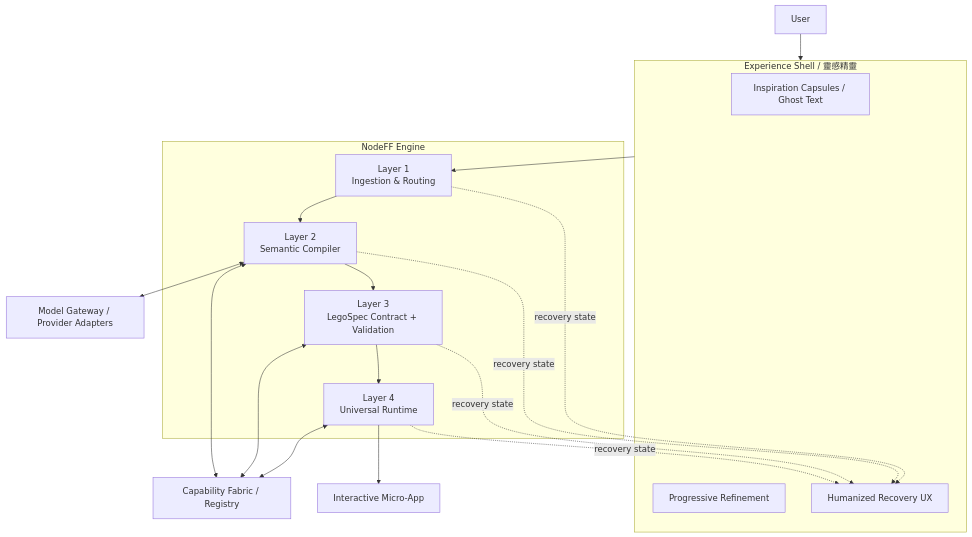
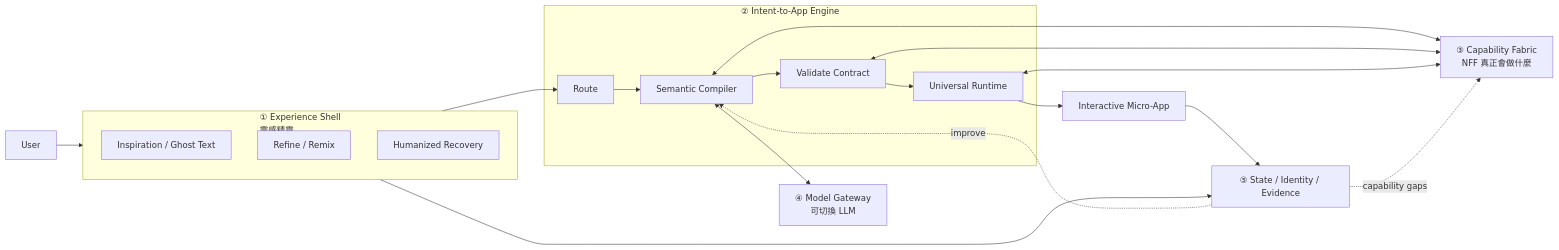
Before and after one commit to NFF98/NodeFF: the first of 9 diagrams in working/APP-ARCHITECTURE.md, drawn with Mermaid. The commit also changed other lines of this file, not shown here.

Commit message:
docs: reorganize app architecture around systems flows and roadmap

```diff
--- a/working/APP-ARCHITECTURE.md
+++ b/working/APP-ARCHITECTURE.md
@@ -25,41 +14,34 @@
 ~~~mermaid
-flowchart TB
+flowchart LR
     U[User]
 
-    subgraph UX["Experience Shell / 靈感精靈"]
-        INSPIRE[Inspiration Capsules / Ghost Text]
-        REFINE[Progressive Refinement]
-        RECOVERY[Humanized Recovery UX]
+    subgraph SHELL["① Experience Shell<br/>靈感精靈"]
+        I[Inspiration / Ghost Text]
+        R[Refine / Remix]
+        E[Humanized Recovery]
     end
 
-    subgraph ENGINE["NodeFF Engine"]
-        L1[Layer 1
-Ingestion & Routing]
-        L2[Layer 2
-Semantic Compiler]
-        L3[Layer 3
-LegoSpec Contract + Validation]
-        L4[Layer 4
-Universal Runtime]
+    subgraph ENGINE["② Intent-to-App Engine"]
+        L1[Route]
+        L2[Semantic Compiler]
+        L3[Validate Contract]
+        L4[Universal Runtime]
     end
 
-    FABRIC[Capability Fabric / Registry]
-    MODEL[Model Gateway / Provider Adapters]
-    APP[Interactive Micro-App]
+    F["③ Capability Fabric<br/>NFF 真正會做什麼"]
+    M["④ Model Gateway<br/>可切換 LLM"]
+    D["⑤ State / Identity / Evidence"]
+    APP["Interactive Micro-App"]
 
-    U --> UX
-    UX --> L1
-    L1 --> L2
-    L2 <--> MODEL
-    L2 <--> FABRIC
-    L2 --> L3
-    L3 <--> FABRIC
-    L3 --> L4
-    L4 <--> FABRIC
-    L4 --> APP
+    U --> SHELL
+    SHELL --> L1 --> L2 --> L3 --> L4 --> APP
+    L2 <--> M
+    L2 <--> F
+    L3 <--> F
+    L4 <--> F
 
-    L1 -. recovery state .-> RECOVERY
-    L2 -. recovery state .-> RECOVERY
-    L3 -. recovery state .-> RECOVERY
-    L4 -. recovery state .-> RECOVERY
+    APP --> D
+    SHELL --> D
+    D -. improve .-> L2
+    D -. capability gaps .-> F
 ~~~
```
